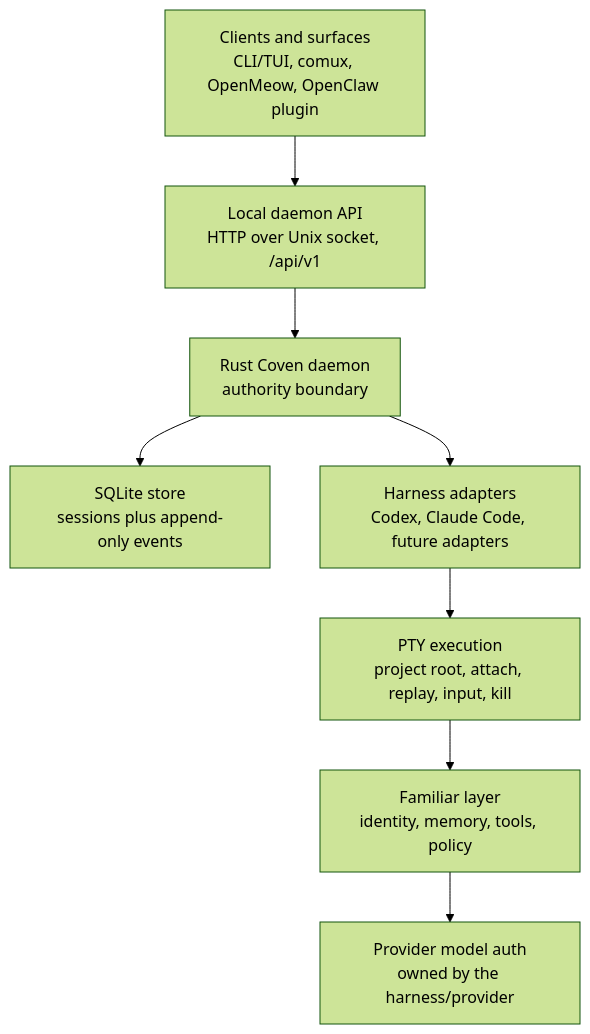
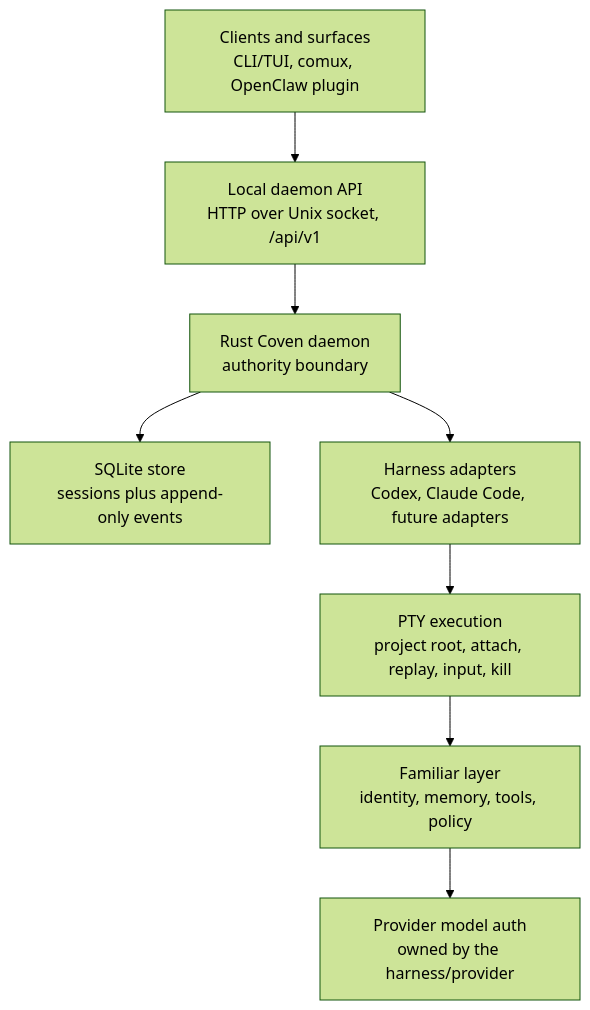
One commit to OpenCoven/coven-docs changed the first of 7 diagrams in content/docs/reference/migration-map.mdx. Above: the diagram before and after it, drawn with Mermaid (forest theme). The commit also changed other lines of this file and 8 other files, not shown here.

First line of the commit message:
docs: purge OpenMeow references from coven-docs

````diff
--- a/content/docs/reference/migration-map.mdx
+++ b/content/docs/reference/migration-map.mdx
@@ -16,16 +16,16 @@
 ```mermaid
 flowchart TB
-  Surfaces["Clients and surfaces\nCLI/TUI, comux, OpenMeow, OpenClaw plugin"]
+  Surfaces["Clients and surfaces\nCLI/TUI, comux, OpenClaw plugin"]
   Api["Local daemon API\nHTTP over Unix socket, /api/v1"]
   Daemon["Rust Coven daemon\nauthority boundary"]
   Store["SQLite store\nsessions plus append-only events"]
   Harness["Harness adapters\nCodex, Claude Code, future adapters"]
   Pty["PTY execution\nproject root, attach, replay, input, kill"]
   Familiar["Familiar layer\nidentity, memory, tools, policy"]
   Model["Provider model auth\nowned by the harness/provider"]
 
   Surfaces --> Api --> Daemon
   Daemon --> Store
   Daemon --> Harness --> Pty
   Pty --> Familiar --> Model
 ```
````
